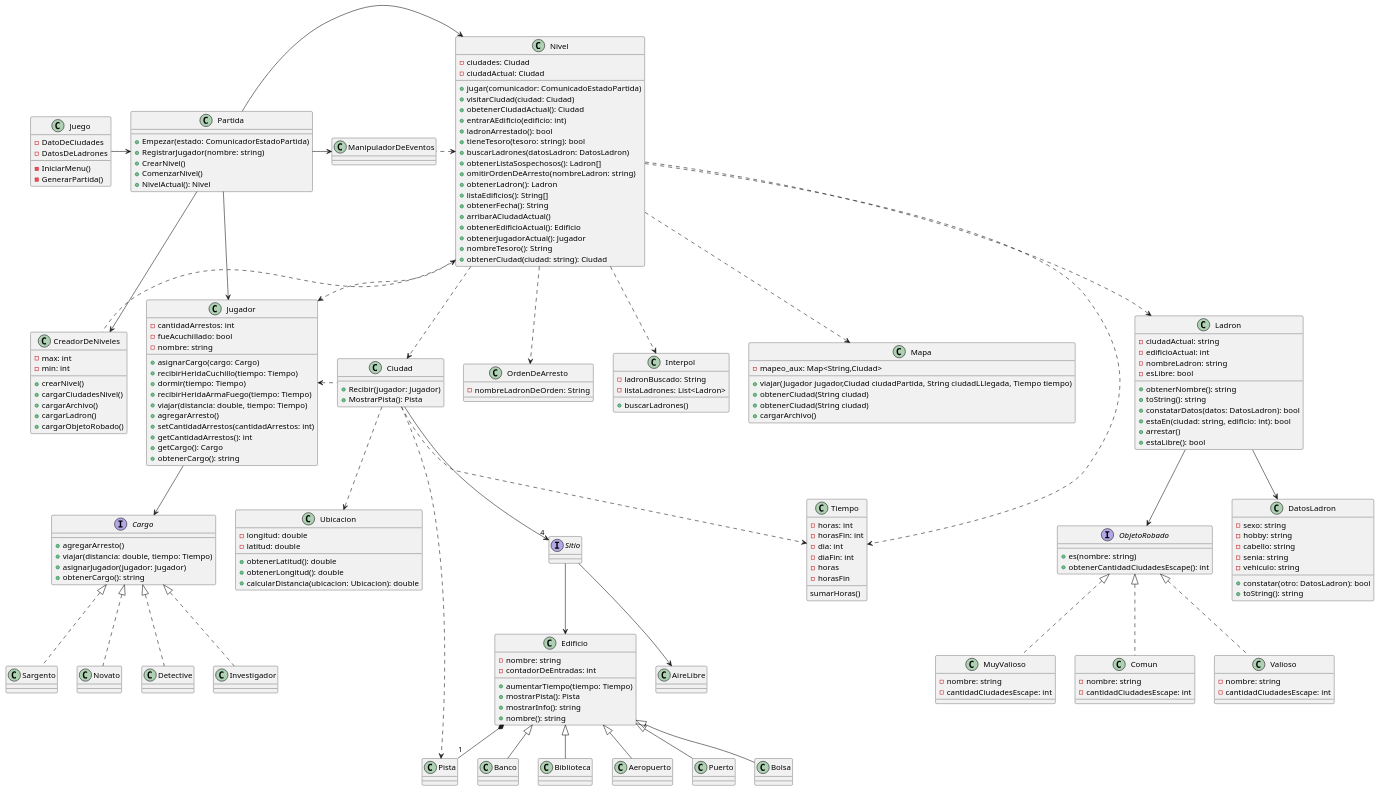
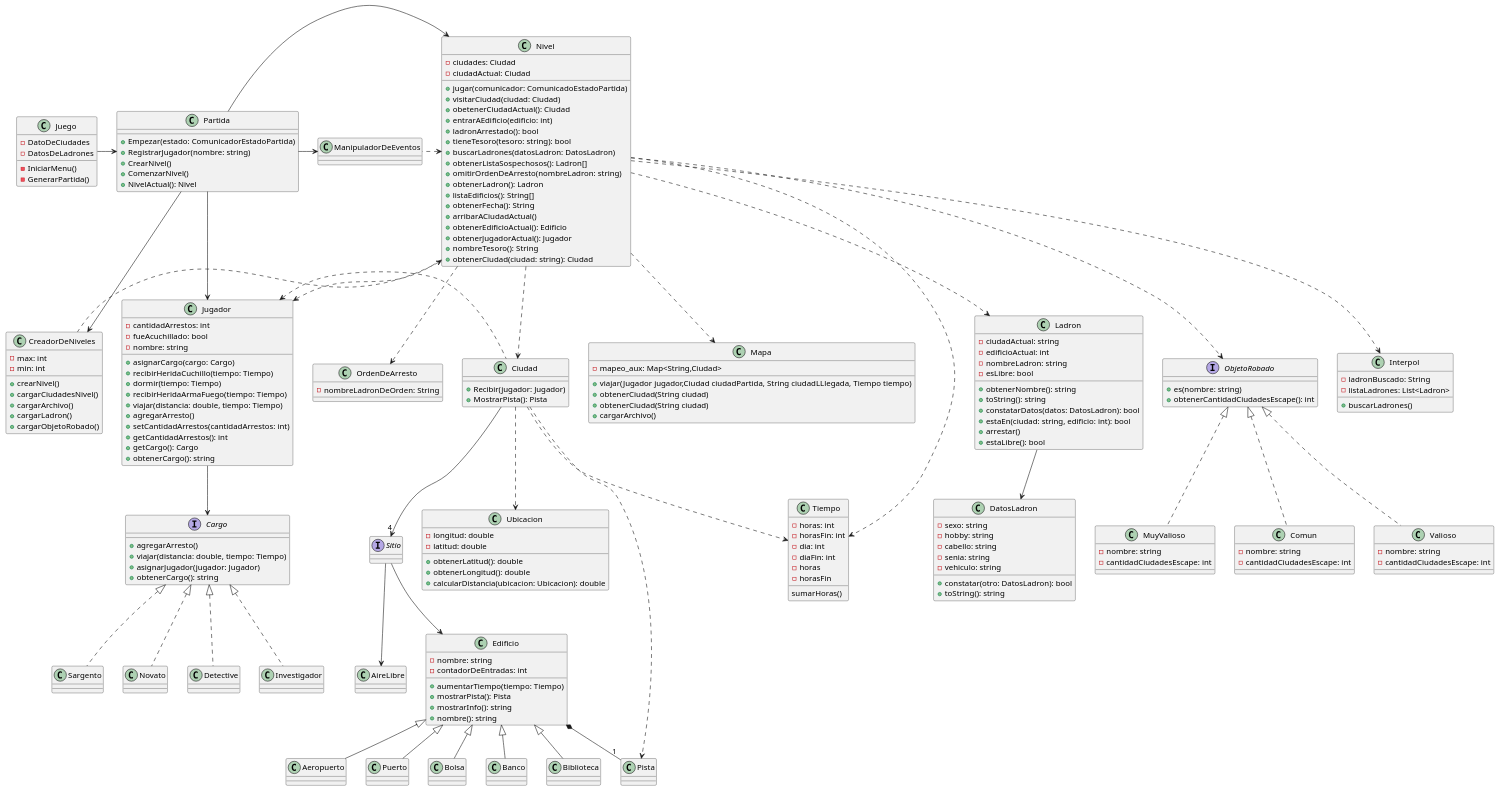
The diagram in diagrams/classes/AlgoThief_Diagrama_Clase_UML.puml (arilow/Algo3_TP2), drawn with PlantUML before and after one commit. The commit also changed 1 other file, not shown here.

Commit message:
diagramas y mapa(RIO_JANEIRO)

```diff
--- a/diagrams/classes/AlgoThief_Diagrama_Clase_UML.puml
+++ b/diagrams/classes/AlgoThief_Diagrama_Clase_UML.puml
@@ -233,12 +233,12 @@
 Nivel ..> OrdenDeArresto
 Nivel ..> Mapa
 Nivel ..> Tiempo
+Nivel ..> ObjetoRobado
 
 CreadorDeNiveles .left> Nivel
 Jugador <.up. Nivel
 
 Jugador <. Ciudad
 
-Ladron --> ObjetoRobado
 
 @enduml
```
